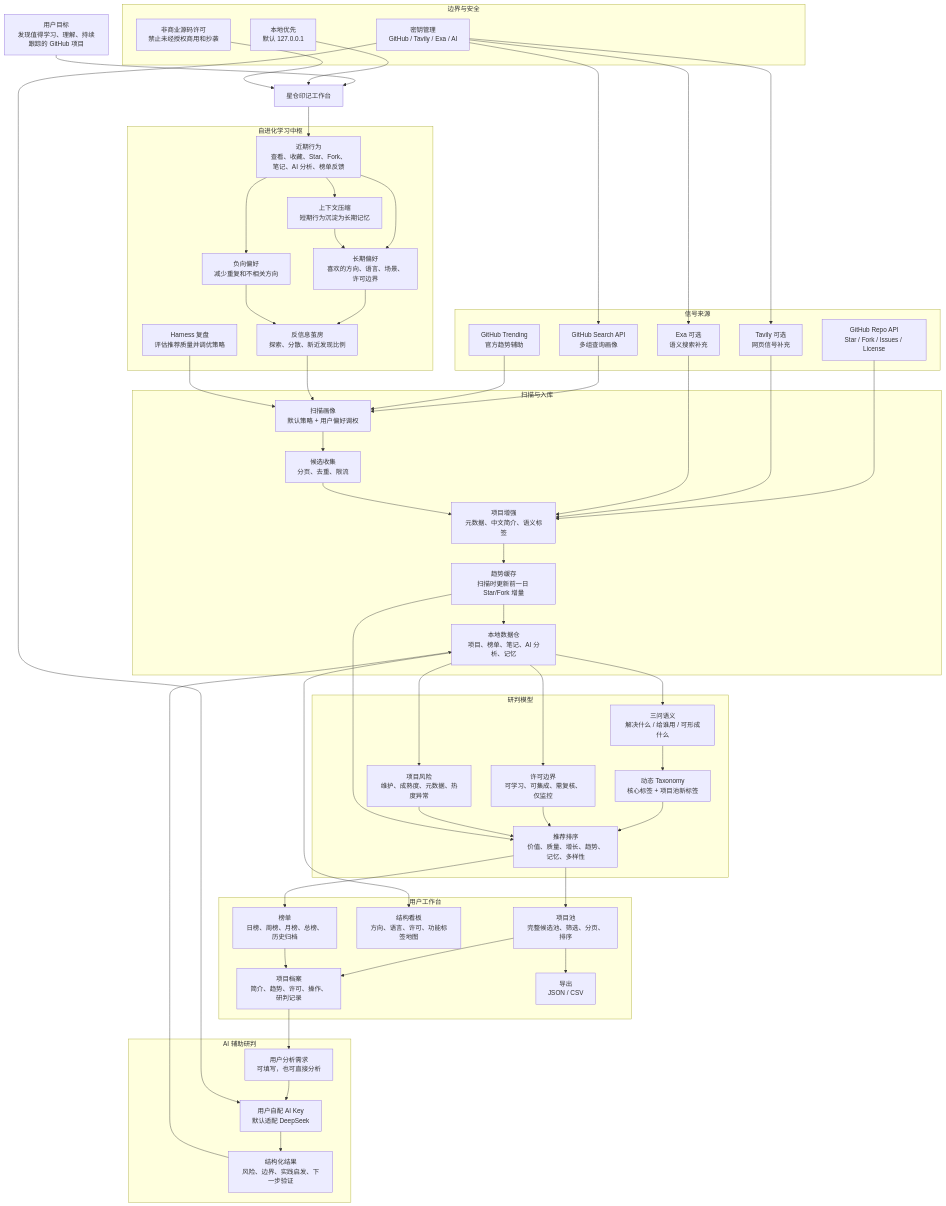
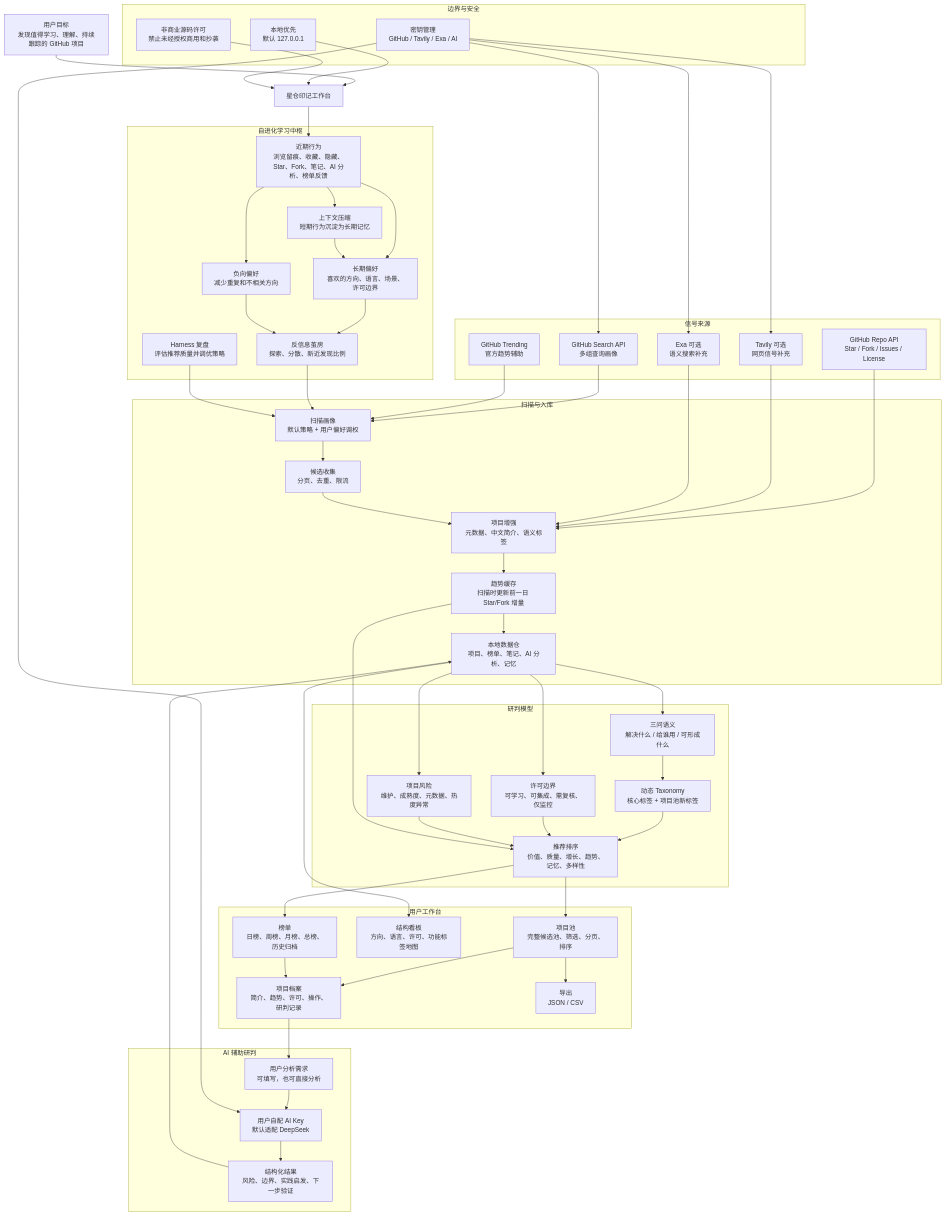
The first of 2 diagrams in README.md (HachikoJ/starvault-imprint), drawn with Mermaid before and after one commit. The commit also changed other lines of this file and 63 other files, not shown here.

```diff
--- a/README.md
+++ b/README.md
@@ -97,7 +120,7 @@
   end
 
   subgraph MEMORY["自进化学习中枢"]
-    EVENT["近期行为<br/>查看、收藏、Star、Fork、笔记、AI 分析、榜单反馈"]
+    EVENT["近期行为<br/>浏览留痕、收藏、隐藏、Star、Fork、笔记、AI 分析、榜单反馈"]
     PREF["长期偏好<br/>喜欢的方向、语言、场景、许可边界"]
     NEG["负向偏好<br/>减少重复和不相关方向"]
     COMPACT["上下文压缩<br/>短期行为沉淀为长期记忆"]
```
